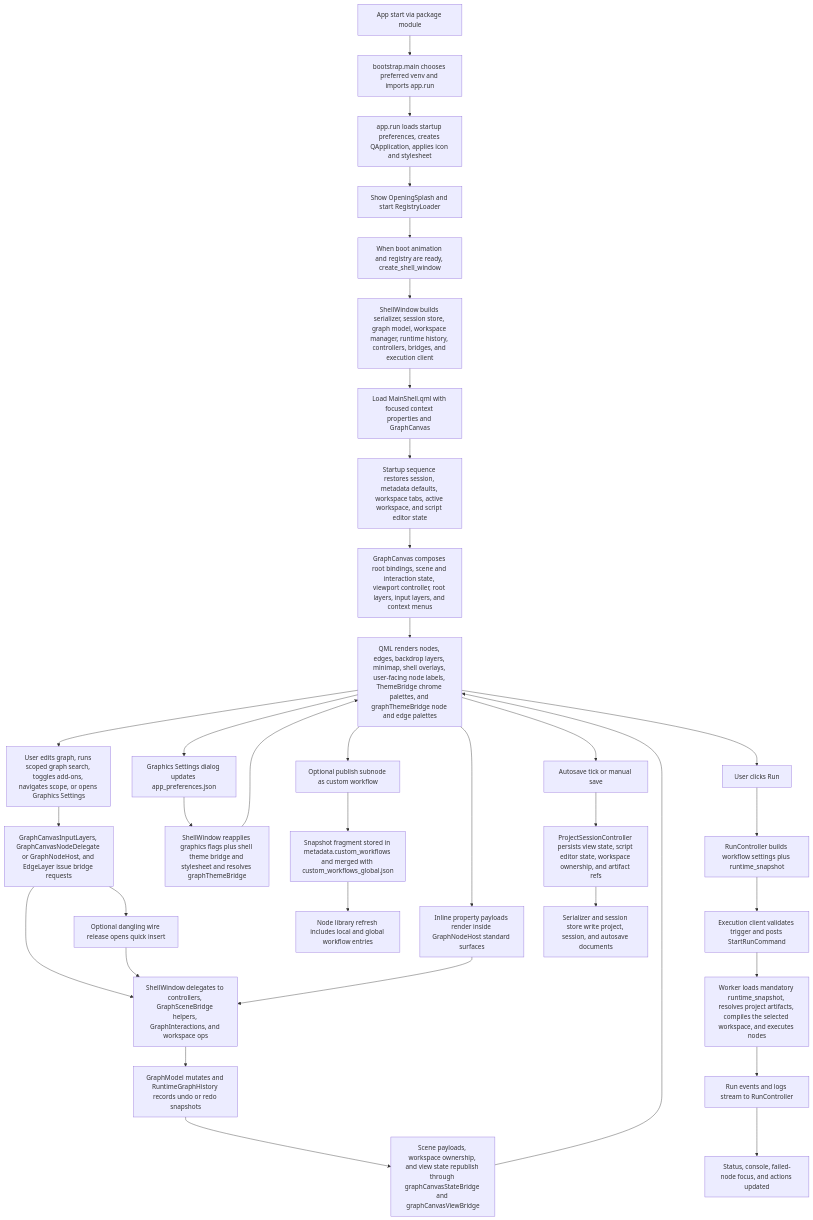
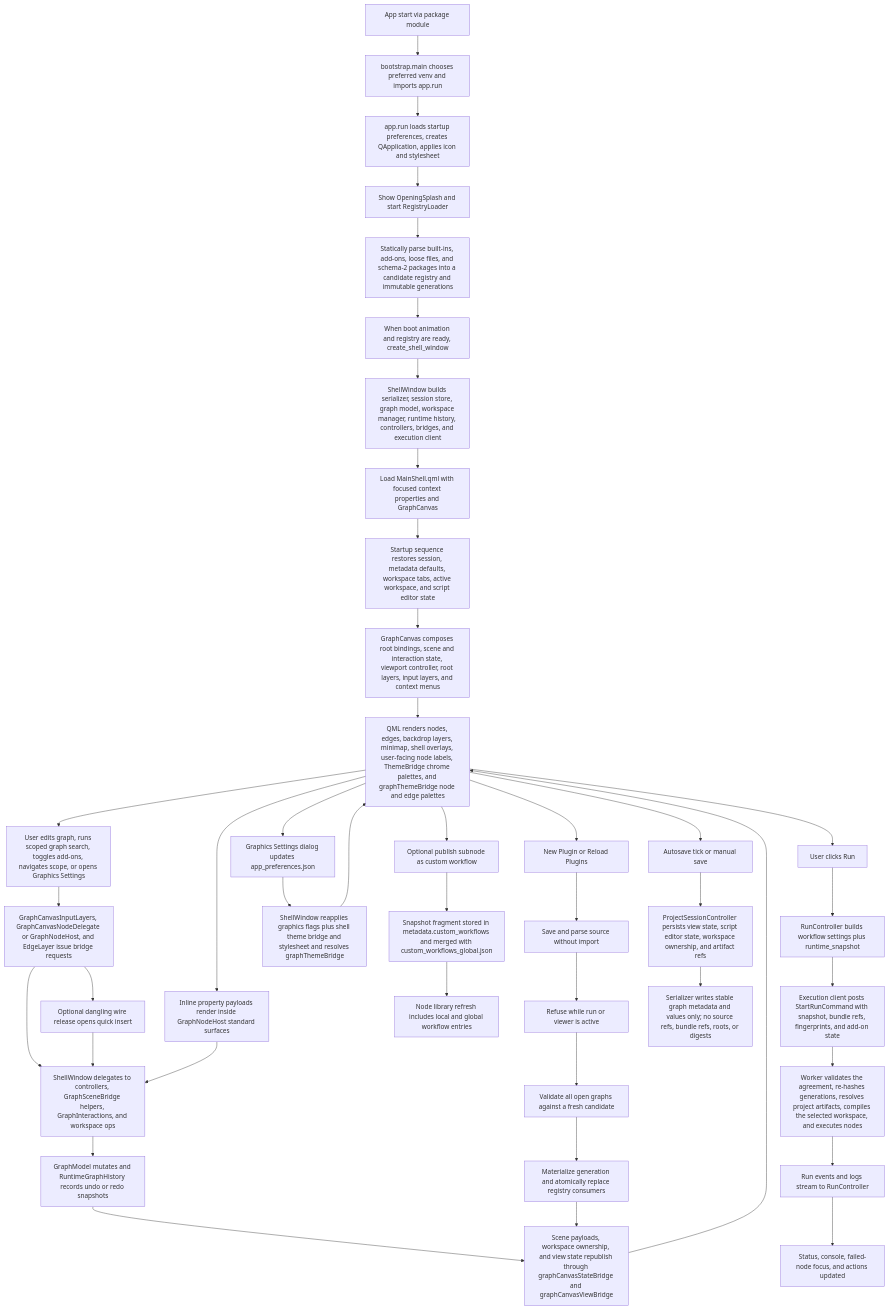
Before and after one commit to emreatay993/EA_Node: the diagram in docs/architecture_diagrams/runtime_pipeline.mmd, drawn with Mermaid. The commit also changed 127 other files, not shown here.

```diff
--- a/docs/architecture_diagrams/runtime_pipeline.mmd
+++ b/docs/architecture_diagrams/runtime_pipeline.mmd
@@ -1,41 +1,49 @@
 flowchart TD
     A[App start via package module] --> B[bootstrap.main chooses preferred venv and imports app.run]
     B --> C[app.run loads startup preferences, creates QApplication, applies icon and stylesheet]
     C --> D[Show OpeningSplash and start RegistryLoader]
-    D --> E[When boot animation and registry are ready, create_shell_window]
+    D --> DA[Statically parse built-ins, add-ons, loose files, and schema-2 packages into a candidate registry and immutable generations]
+    DA --> E[When boot animation and registry are ready, create_shell_window]
     E --> F[ShellWindow builds serializer, session store, graph model, workspace manager, runtime history, controllers, bridges, and execution client]
     F --> G[Load MainShell.qml with focused context properties and GraphCanvas]
     G --> H[Startup sequence restores session, metadata defaults, workspace tabs, active workspace, and script editor state]
     H --> I[GraphCanvas composes root bindings, scene and interaction state, viewport controller, root layers, input layers, and context menus]
     I --> J[QML renders nodes, edges, backdrop layers, minimap, shell overlays, user-facing node labels, ThemeBridge chrome palettes, and graphThemeBridge node and edge palettes]
 
     J --> K[User edits graph, runs scoped graph search, toggles add-ons, navigates scope, or opens Graphics Settings]
     K --> L[GraphCanvasInputLayers, GraphCanvasNodeDelegate or GraphNodeHost, and EdgeLayer issue bridge requests]
     L --> M[ShellWindow delegates to controllers, GraphSceneBridge helpers, GraphInteractions, and workspace ops]
     L --> MQ[Optional dangling wire release opens quick insert]
     MQ --> M
     M --> N[GraphModel mutates and RuntimeGraphHistory records undo or redo snapshots]
     N --> O[Scene payloads, workspace ownership, and view state republish through graphCanvasStateBridge and graphCanvasViewBridge]
     O --> J
 
+    J --> PA[New Plugin or Reload Plugins]
+    PA --> PB[Save and parse source without import]
+    PB --> PC[Refuse while run or viewer is active]
+    PC --> PD[Validate all open graphs against a fresh candidate]
+    PD --> PE[Materialize generation and atomically replace registry consumers]
+    PE --> O
+
     J --> GP[Graphics Settings dialog updates app_preferences.json]
     GP --> GQ[ShellWindow reapplies graphics flags plus shell theme bridge and stylesheet and resolves graphThemeBridge]
     GQ --> J
 
     J --> R[Inline property payloads render inside GraphNodeHost standard surfaces]
     R --> M
 
     J --> S[Optional publish subnode as custom workflow]
     S --> T[Snapshot fragment stored in metadata.custom_workflows and merged with custom_workflows_global.json]
     T --> U[Node library refresh includes local and global workflow entries]
 
     J --> V[User clicks Run]
     V --> W[RunController builds workflow settings plus runtime_snapshot]
-    W --> X[Execution client validates trigger and posts StartRunCommand]
-    X --> Y[Worker loads mandatory runtime_snapshot, resolves project artifacts, compiles the selected workspace, and executes nodes]
+    W --> X[Execution client posts StartRunCommand with snapshot, bundle refs, fingerprints, and add-on state]
+    X --> Y[Worker validates the agreement, re-hashes generations, resolves project artifacts, compiles the selected workspace, and executes nodes]
     Y --> Z[Run events and logs stream to RunController]
     Z --> ZA[Status, console, failed-node focus, and actions updated]
 
     J --> ZB[Autosave tick or manual save]
     ZB --> ZC[ProjectSessionController persists view state, script editor state, workspace ownership, and artifact refs]
-    ZC --> ZD[Serializer and session store write project, session, and autosave documents]
+    ZC --> ZD[Serializer writes stable graph metadata and values only; no source refs, bundle refs, roots, or digests]
```
